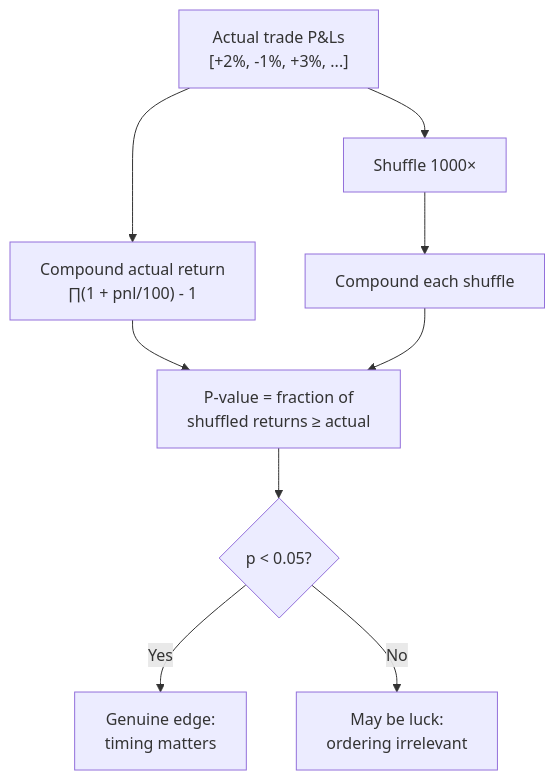
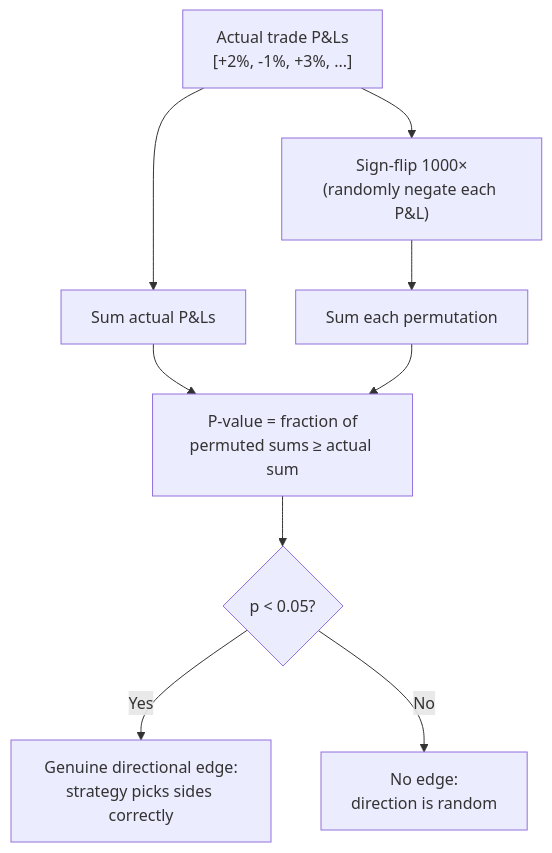
One commit to krejcif/rdex changed the second of 3 diagrams in docs/08-validation.md. Above: the diagram before and after it, drawn with Mermaid. The commit also changed other lines of this file and 13 other files, not shown here.

````diff
--- a/docs/08-validation.md
+++ b/docs/08-validation.md
@@ -45,11 +63,11 @@
 ```mermaid
 graph TD
-    Trades["Actual trade P&Ls<br/>[+2%, -1%, +3%, ...]"] --> Actual["Compound actual return<br/>∏(1 + pnl/100) - 1"]
-    Trades --> Shuffle["Shuffle 1000×"]
-    Shuffle --> Permuted["Compound each shuffle"]
-    Actual --> Compare["P-value = fraction of<br/>shuffled returns ≥ actual"]
+    Trades["Actual trade P&Ls<br/>[+2%, -1%, +3%, ...]"] --> Actual["Sum actual P&Ls"]
+    Trades --> Flip["Sign-flip 1000×<br/>(randomly negate each P&L)"]
+    Flip --> Permuted["Sum each permutation"]
+    Actual --> Compare["P-value = fraction of<br/>permuted sums ≥ actual sum"]
     Permuted --> Compare
     Compare --> Sig{p < 0.05?}
-    Sig -->|Yes| Edge["Genuine edge:<br/>timing matters"]
-    Sig -->|No| Luck["May be luck:<br/>ordering irrelevant"]
+    Sig -->|Yes| Edge["Genuine directional edge:<br/>strategy picks sides correctly"]
+    Sig -->|No| Luck["No edge:<br/>direction is random"]
 ```
````
